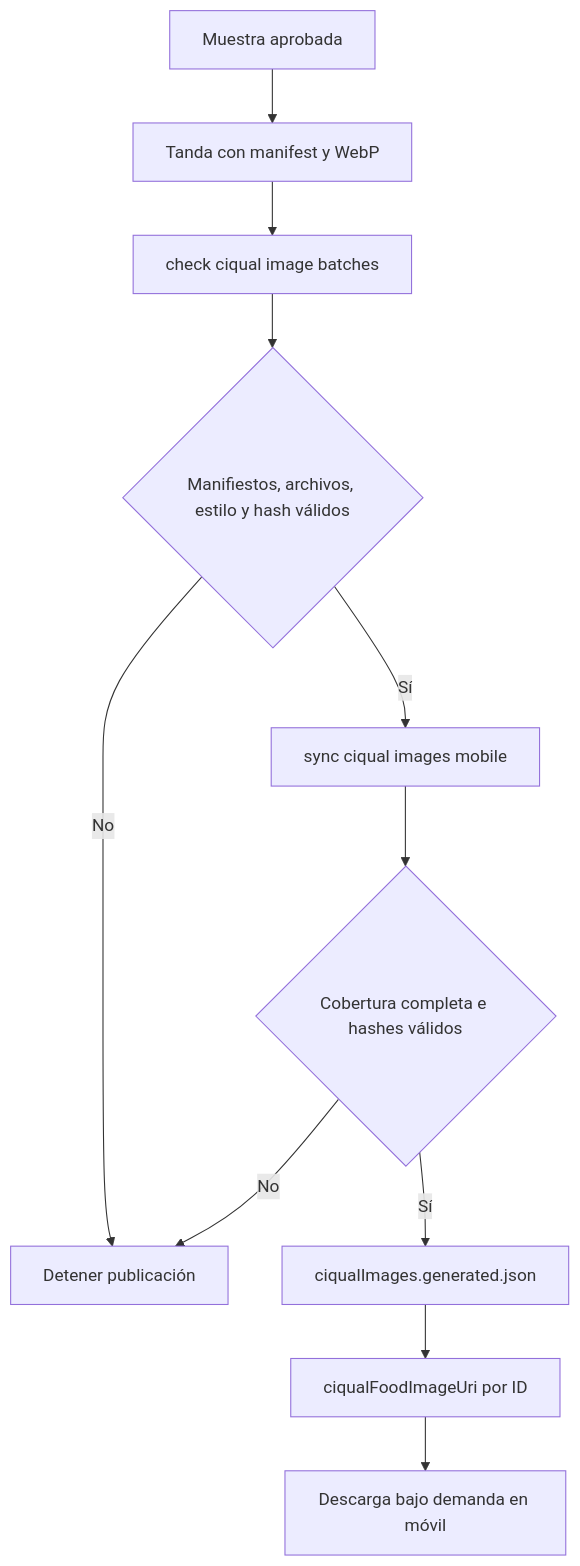
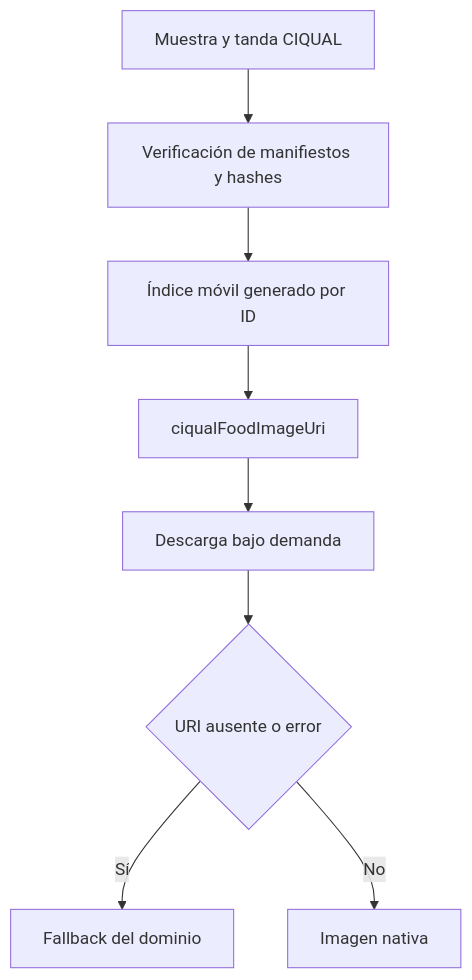
The second of 2 diagrams in openwiki/content/image-generation.md (maximofn/gymnasia), drawn with Mermaid before and after one commit. The commit also changed other lines of this file and 22 other files, not shown here.

````diff
--- a/openwiki/content/image-generation.md
+++ b/openwiki/content/image-generation.md
@@ -85,13 +115,10 @@
 ```mermaid
 flowchart TD
-    A["Muestra aprobada"] --> B["Tanda con manifest y WebP"]
-    B --> C["check ciqual image batches"]
-    C --> D{"Manifiestos, archivos, estilo y hash válidos"}
-    D -->|"No"| E["Detener publicación"]
-    D -->|"Sí"| F["sync ciqual images mobile"]
-    F --> G{"Cobertura completa e hashes válidos"}
-    G -->|"No"| E
-    G -->|"Sí"| H["ciqualImages.generated.json"]
-    H --> I["ciqualFoodImageUri por ID"]
-    I --> J["Descarga bajo demanda en móvil"]
+    A["Muestra y tanda CIQUAL"] --> B["Verificación de manifiestos y hashes"]
+    B --> C["Índice móvil generado por ID"]
+    C --> D["ciqualFoodImageUri"]
+    D --> E["Descarga bajo demanda"]
+    E --> F{"URI ausente o error"}
+    F -->|"Sí"| G["Fallback del dominio"]
+    F -->|"No"| H["Imagen nativa"]
 ```
````
